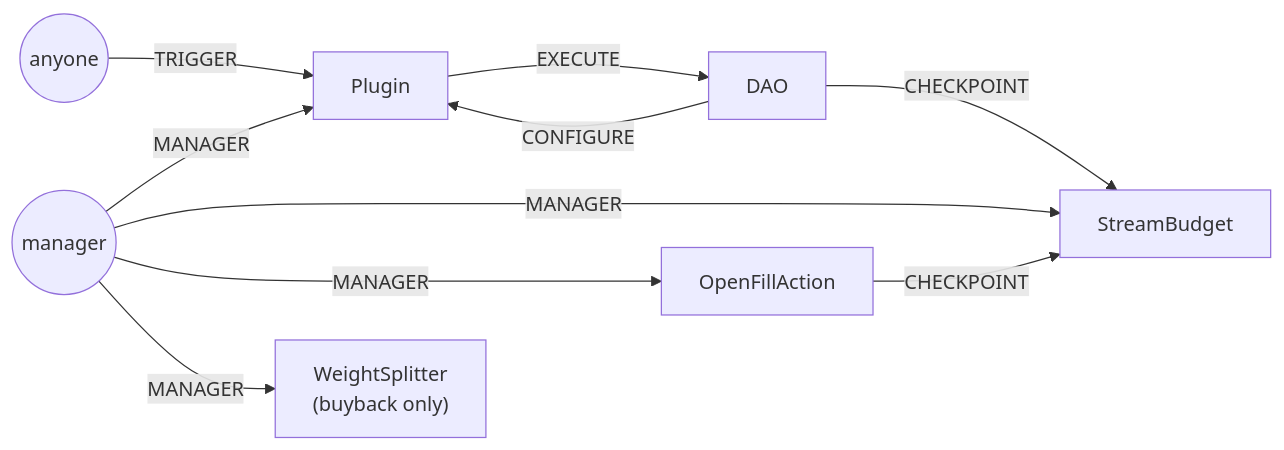
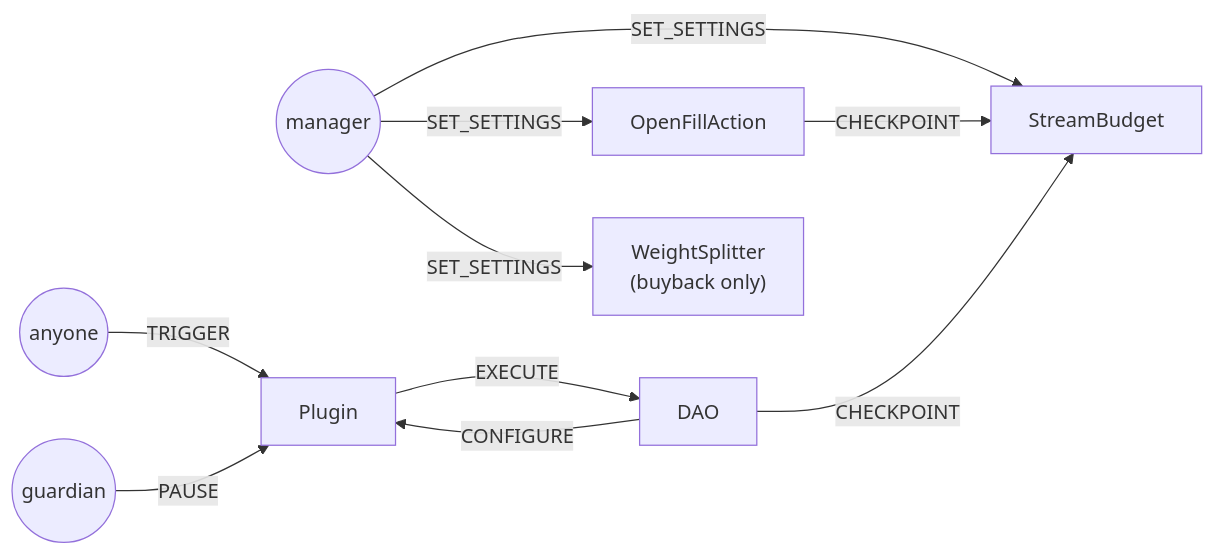
One commit to antfarm-official/tree-capital changed the tenth of 10 diagrams in README.md. Above: the diagram before and after it, drawn with Mermaid. The commit also changed other lines of this file and 25 other files, not shown here.

First line of the commit message:
Split MANAGER into PAUSE and SET_SETTINGS, give PAUSE to a guardian

````diff
--- a/README.md
+++ b/README.md
@@ -462,20 +463,21 @@
 ```mermaid
 flowchart LR
     anyone(("anyone"))
     manager(("manager"))
+    guardian(("guardian"))
     dao["DAO"]
     plugin["Plugin"]
     budget["StreamBudget"]
     fill["OpenFillAction"]
     splitter["WeightSplitter<br/>(buyback only)"]
 
     anyone -- "TRIGGER" --> plugin
     dao -- "CONFIGURE" --> plugin
     plugin -- "EXECUTE" --> dao
-    manager -- "MANAGER" --> plugin
-    manager -- "MANAGER" --> budget
-    manager -- "MANAGER" --> fill
+    guardian -- "PAUSE" --> plugin
+    manager -- "SET_SETTINGS" --> budget
+    manager -- "SET_SETTINGS" --> fill
     dao -- "CHECKPOINT" --> budget
     fill -- "CHECKPOINT" --> budget
-    manager -- "MANAGER" --> splitter
+    manager -- "SET_SETTINGS" --> splitter
 ```
````
